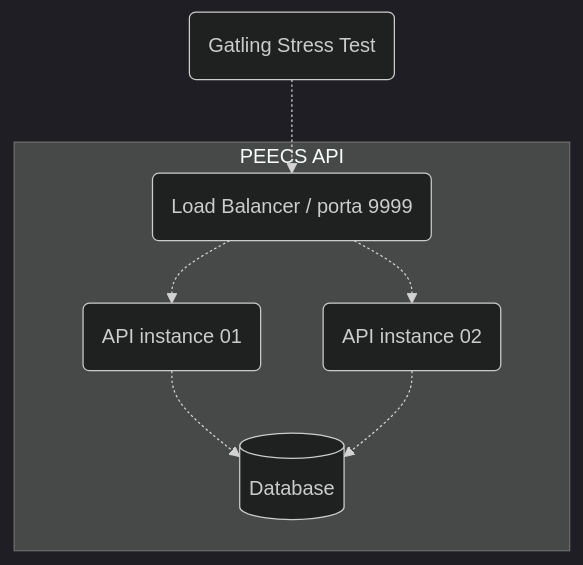
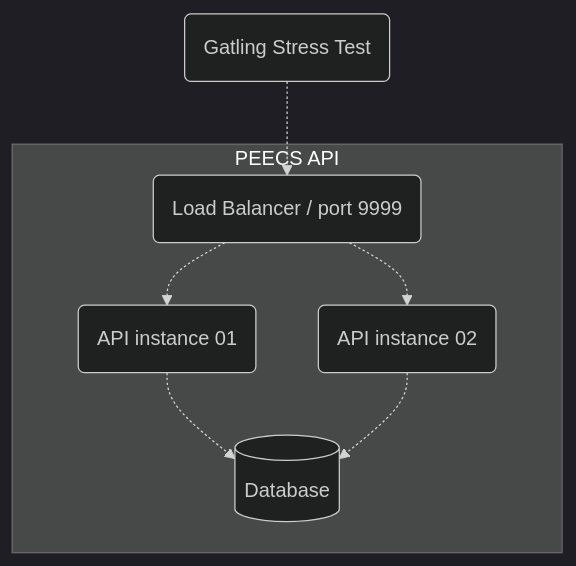
One commit to faermanj/quarkus-performance-workshop changed the diagram in README.md. Above: the diagram before and after it, drawn with Mermaid (dark theme). The commit also changed other lines of this file and 3 other files, not shown here.

````diff
--- a/README.md
+++ b/README.md
@@ -55,10 +55,10 @@
 ```mermaid
 flowchart TD
-    G(Gatling Stress Test) -.-> LB(Load Balancer / porta 9999)
+    G(Gatling Stress Test) -.-> LB(Load Balancer / port 9999)
     subgraph PEECS API
         LB -.-> API1(API instance 01)
         LB -.-> API2(API instance 02)
         API1 -.-> Db[(Database)]
         API2 -.-> Db[(Database)]
     end
 ```
````
